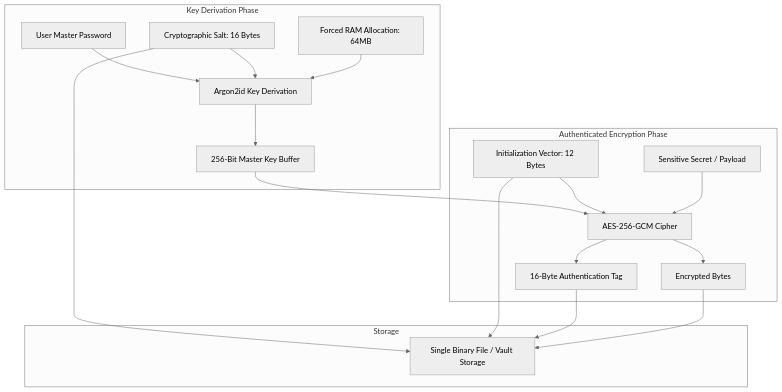
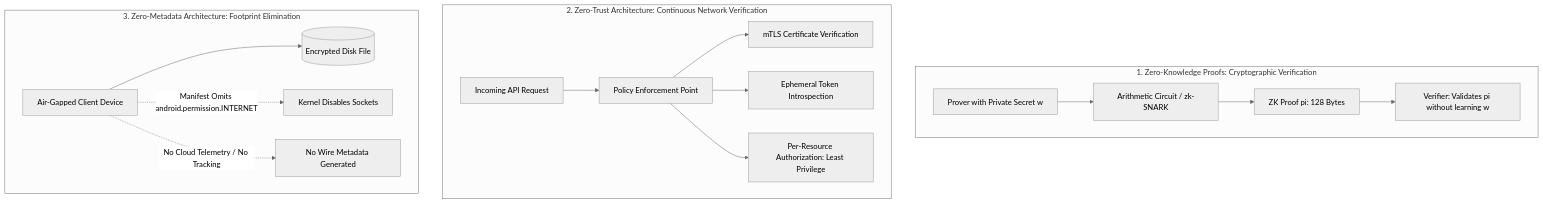
Before and after one commit to MasterZ1311/Dev-AURA: the diagram in docs/engineering-principles/02-privacy-by-design-and-zero-trust-cryptography/post-quantum-and-airgap-standards.md, drawn with Mermaid (neutral theme). The commit also changed other lines of this file and 48 other files, not shown here.

````diff
--- a/docs/engineering-principles/02-privacy-by-design-and-zero-trust-cryptography/post-quantum-and-airgap-standards.md
+++ b/docs/engineering-principles/02-privacy-by-design-and-zero-trust-cryptography/post-quantum-and-airgap-standards.md
@@ -35,24 +43,21 @@
 ```mermaid
 graph TD
-    subgraph Key Derivation Phase
-        Pass[User Master Password] --> Argon[Argon2id Key Derivation]
-        Salt[Cryptographic Salt: 16 Bytes] --> Argon
-        RAM[Forced RAM Allocation: 64MB] --> Argon
-        Argon --> Key[256-Bit Master Key Buffer]
+    subgraph 1. Zero-Knowledge Proofs: Cryptographic Verification
+        Prover[Prover with Private Secret w] --> ProverEngine[Arithmetic Circuit / zk-SNARK]
+        ProverEngine --> Proof[ZK Proof pi: 128 Bytes]
+        Proof --> Verifier[Verifier: Validates pi without learning w]
     end
 
-    subgraph Authenticated Encryption Phase
-        Key --> Cipher[AES-256-GCM Cipher]
-        IV[Initialization Vector: 12 Bytes] --> Cipher
-        Plaintext[Sensitive Secret / Payload] --> Cipher
-        Cipher --> Ciphertext[Encrypted Bytes]
-        Cipher --> AuthTag[16-Byte Authentication Tag]
+    subgraph 2. Zero-Trust Architecture: Continuous Network Verification
+        Request[Incoming API Request] --> Gate[Policy Enforcement Point]
+        Gate --> mTLS[mTLS Certificate Verification]
+        Gate --> EphemeralToken[Ephemeral Token Introspection]
+        Gate --> Microsegmentation[Per-Resource Authorization: Least Privilege]
     end
 
-    subgraph Storage
-        Salt --> PackedVault[Single Binary File / Vault Storage]
-        IV --> PackedVault
-        AuthTag --> PackedVault
-        Ciphertext --> PackedVault
+    subgraph 3. Zero-Metadata Architecture: Footprint Elimination
+        ClientDevice[Air-Gapped Client Device] --> LocalVault[(Encrypted Disk File)]
+        ClientDevice -.->|Manifest Omits android.permission.INTERNET| OSKernel[Kernel Disables Sockets]
+        ClientDevice -.->|No Cloud Telemetry / No Tracking| BlindNetwork[No Wire Metadata Generated]
     end
 ```
````
